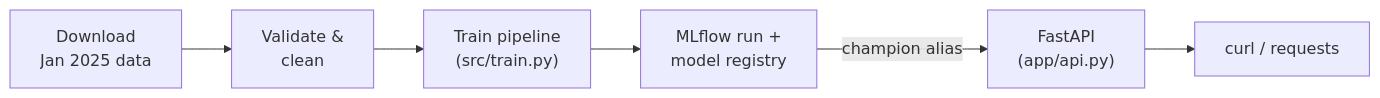
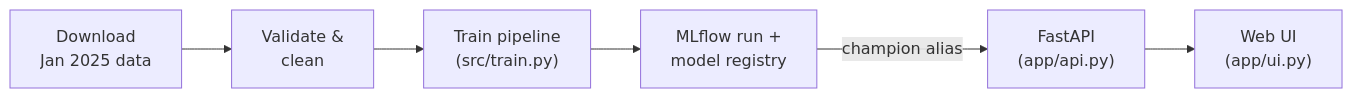
Before and after one commit to Lucaisok/NYC_taxi_duration_service: the diagram in README.md, drawn with Mermaid. The commit also changed other lines of this file and 9 other files, not shown here.

````diff
--- a/README.md
+++ b/README.md
@@ -7,8 +7,8 @@
 ```mermaid
 flowchart LR
     A["Download<br>Jan 2025 data"] --> B["Validate &<br>clean"]
     B --> C["Train pipeline<br>(src/train.py)"]
     C --> D["MLflow run +<br>model registry"]
     D -->|"champion alias"| E["FastAPI<br>(app/api.py)"]
-    E --> F["curl / requests"]
+    E --> F["Web UI<br>(app/ui.py)"]
 ```
````
